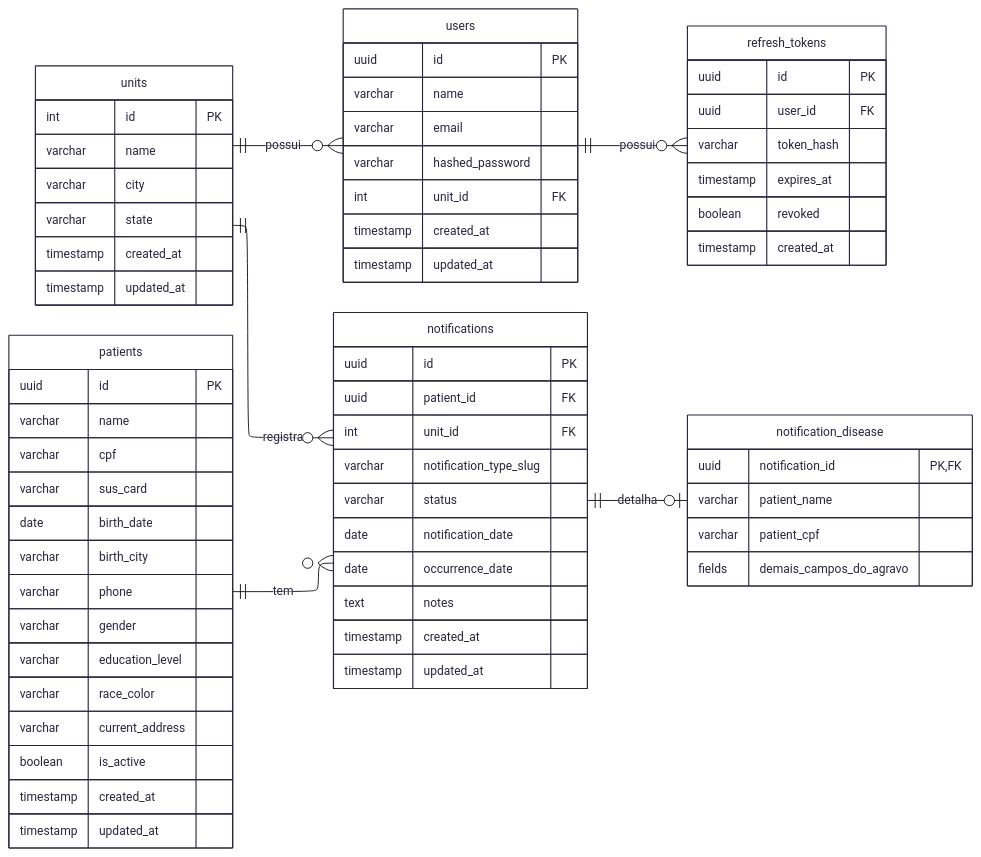
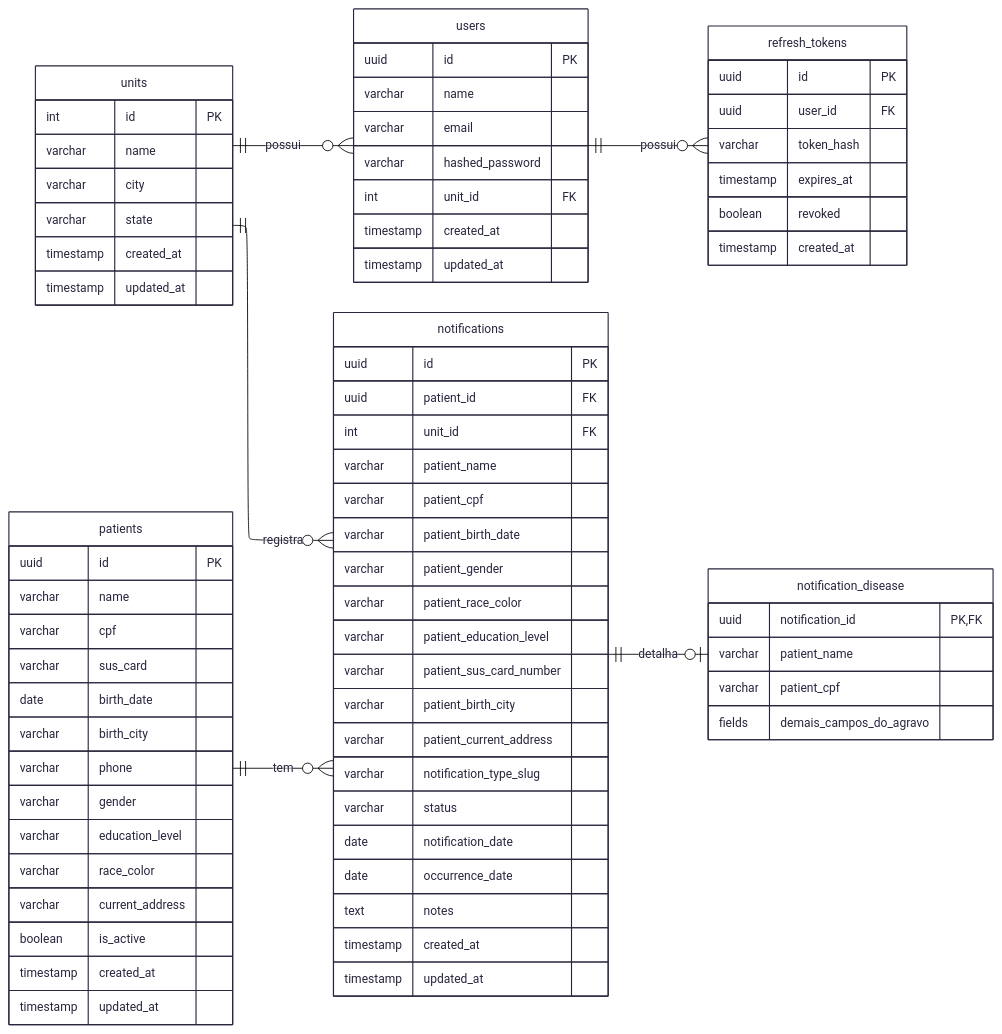
The diagram in docs/database/database.md (SINAN-UFSM/sinan-backend), drawn with Mermaid before and after one commit. The commit also changed 9 other files, not shown here.

```diff
--- a/docs/database/database.md
+++ b/docs/database/database.md
@@ -60,6 +60,15 @@
         uuid id PK ""
         uuid patient_id FK ""
         int unit_id FK ""
+        varchar patient_name ""
+        varchar patient_cpf ""
+        varchar patient_birth_date ""
+        varchar patient_gender ""
+        varchar patient_race_color ""
+        varchar patient_education_level ""
+        varchar patient_sus_card_number ""
+        varchar patient_birth_city ""
+        varchar patient_current_address
         varchar notification_type_slug ""
         varchar status ""
         date notification_date ""
```
